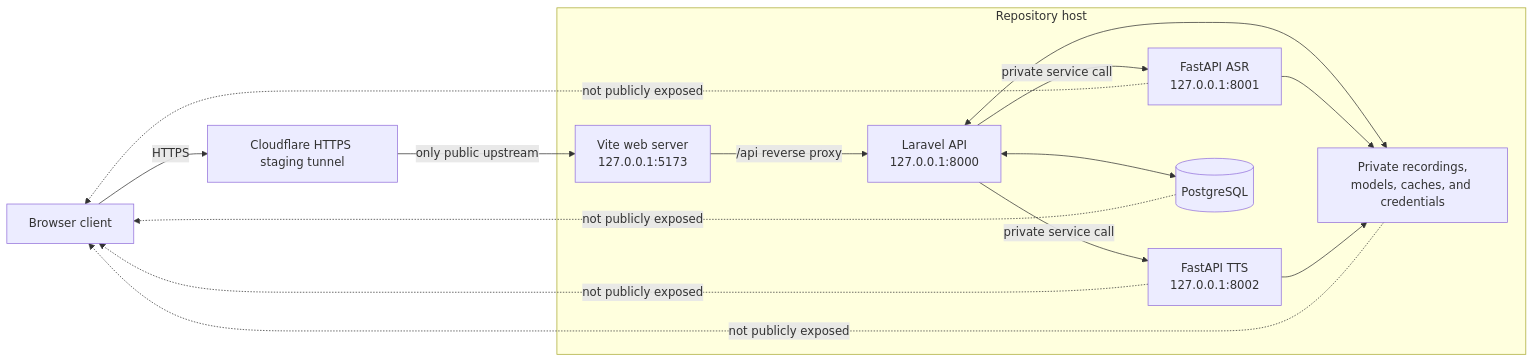
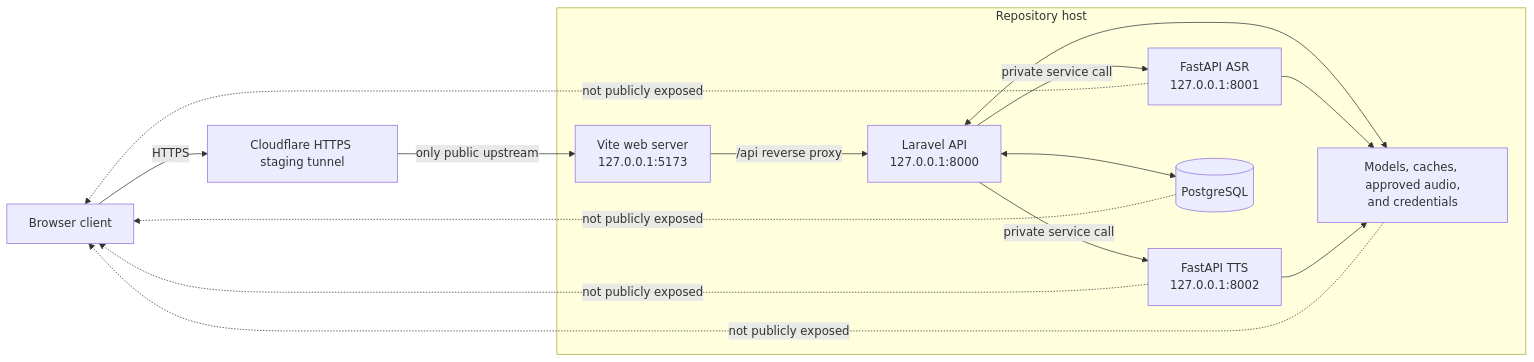
One commit to mendezjerick/ReaDirect-V2 changed the sixth of 6 diagrams in docs/CHAPTER_3_ASCII_FIGURES_4_TO_6.md. Above: the diagram before and after it, drawn with Mermaid. The commit also changed other lines of this file and 48 other files, not shown here.

````diff
--- a/docs/CHAPTER_3_ASCII_FIGURES_4_TO_6.md
+++ b/docs/CHAPTER_3_ASCII_FIGURES_4_TO_6.md
@@ -482,30 +482,30 @@
 ```mermaid
 flowchart LR
     BROWSER["Browser client"]
     CLOUDFLARE["Cloudflare HTTPS staging tunnel"]
 
     subgraph HOST["Repository host"]
         VITE["Vite web server<br/>127.0.0.1:5173"]
         LARAVEL["Laravel API<br/>127.0.0.1:8000"]
         ASR["FastAPI ASR<br/>127.0.0.1:8001"]
         TTS["FastAPI TTS<br/>127.0.0.1:8002"]
         DB[("PostgreSQL")]
-        STORAGE["Private recordings,<br/>models, caches, and credentials"]
+        STORAGE["Models, caches, approved audio,<br/>and credentials"]
 
         VITE -->|"/api reverse proxy"| LARAVEL
         LARAVEL -->|"private service call"| ASR
         LARAVEL -->|"private service call"| TTS
         LARAVEL <--> DB
         LARAVEL <--> STORAGE
         ASR --> STORAGE
         TTS --> STORAGE
     end
 
     BROWSER -->|"HTTPS"| CLOUDFLARE
     CLOUDFLARE -->|"only public upstream"| VITE
 
     ASR -. "not publicly exposed" .-> BROWSER
     TTS -. "not publicly exposed" .-> BROWSER
     DB -. "not publicly exposed" .-> BROWSER
     STORAGE -. "not publicly exposed" .-> BROWSER
 ```
````
